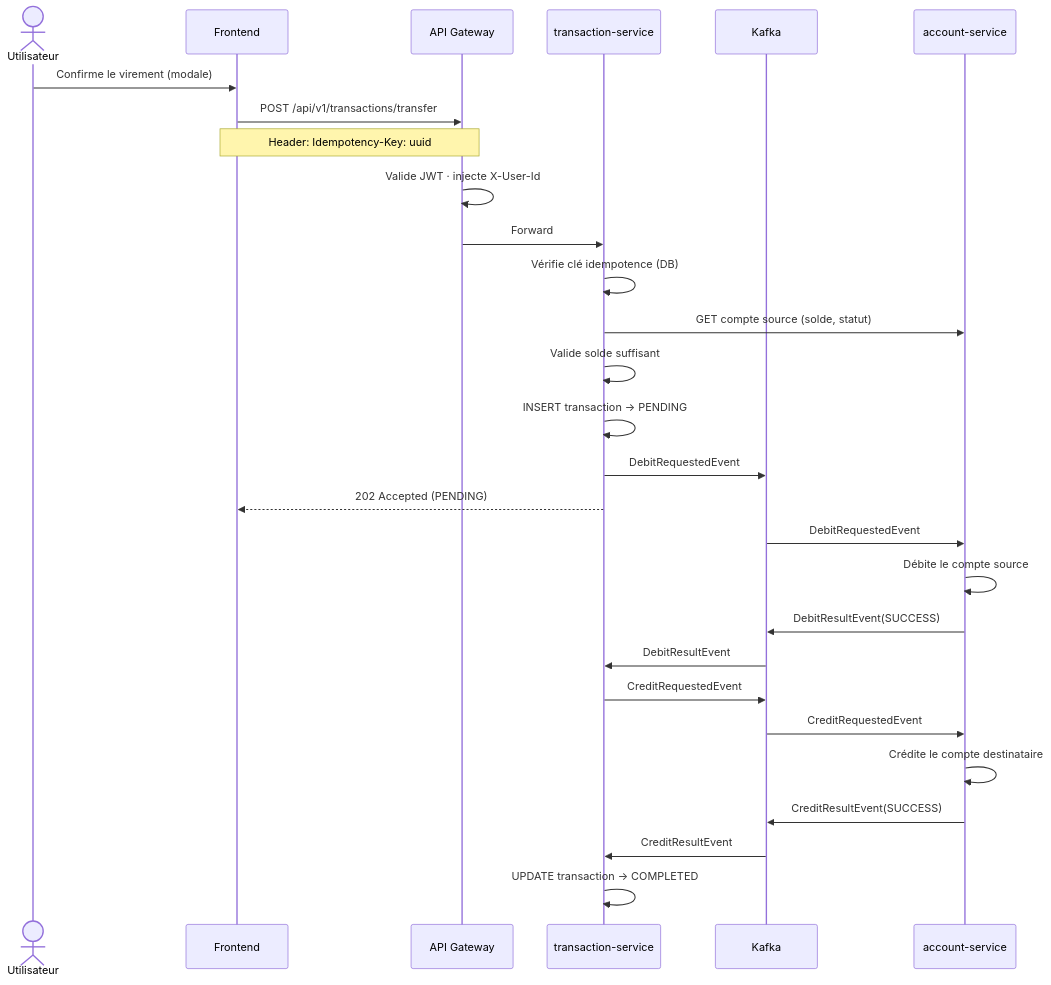
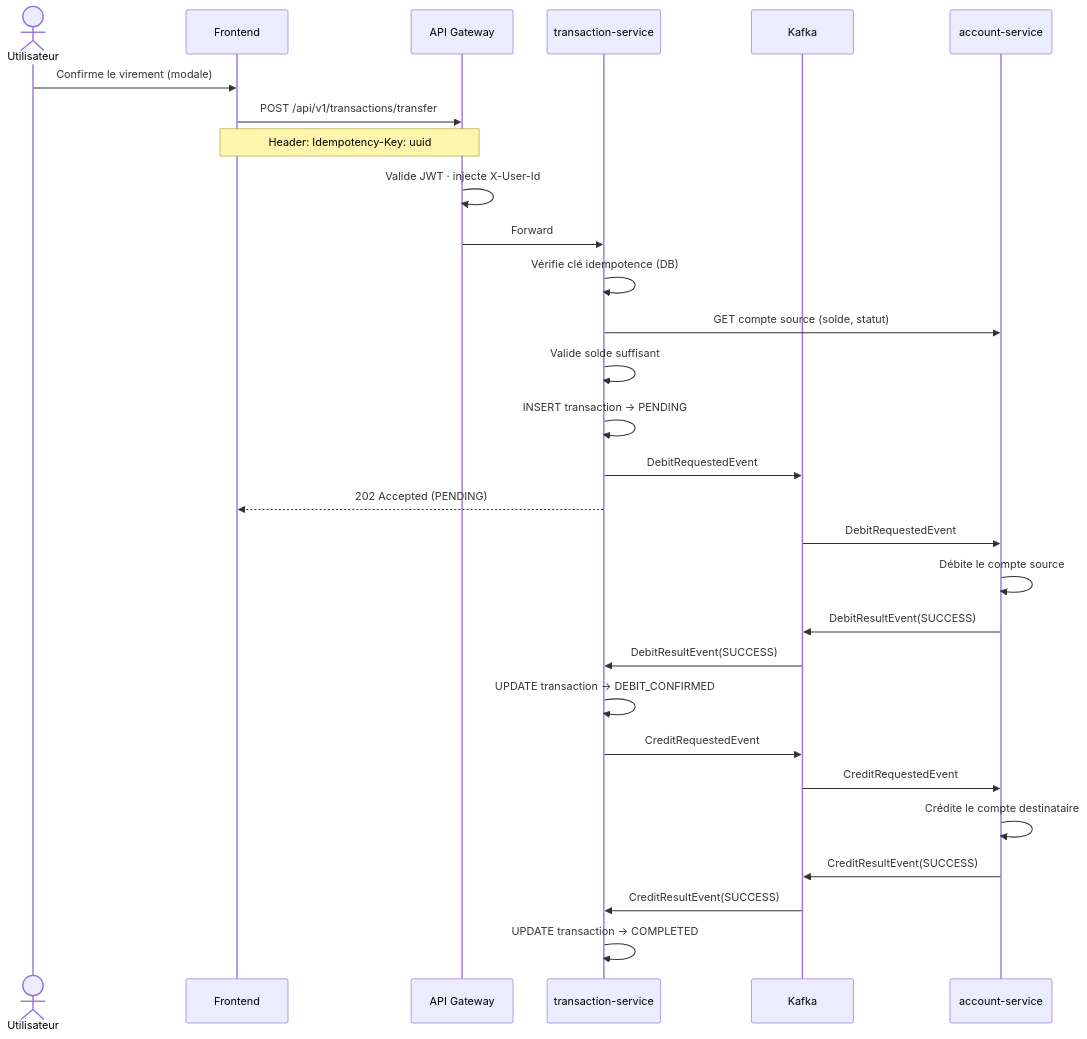
One commit to theoduluard/banking-platform changed the second of 2 diagrams in README.md. Above: the diagram before and after it, drawn with Mermaid. The commit also changed other lines of this file and 14 other files, not shown here.

````diff
--- a/README.md
+++ b/README.md
@@ -98,36 +109,37 @@
 ```mermaid
 sequenceDiagram
     actor U as Utilisateur
     participant FE as Frontend
     participant GW as API Gateway
     participant TX as transaction-service
     participant K as Kafka
     participant ACC as account-service
 
     U->>FE: Confirme le virement (modale)
     FE->>GW: POST /api/v1/transactions/transfer
     Note over FE,GW: Header: Idempotency-Key: uuid
     GW->>GW: Valide JWT · injecte X-User-Id
     GW->>TX: Forward
 
     TX->>TX: Vérifie clé idempotence (DB)
     TX->>ACC: GET compte source (solde, statut)
     TX->>TX: Valide solde suffisant
     TX->>TX: INSERT transaction → PENDING
     TX->>K: DebitRequestedEvent
     TX-->>FE: 202 Accepted (PENDING)
 
     K->>ACC: DebitRequestedEvent
     ACC->>ACC: Débite le compte source
     ACC->>K: DebitResultEvent(SUCCESS)
 
-    K->>TX: DebitResultEvent
+    K->>TX: DebitResultEvent(SUCCESS)
+    TX->>TX: UPDATE transaction → DEBIT_CONFIRMED
     TX->>K: CreditRequestedEvent
 
     K->>ACC: CreditRequestedEvent
     ACC->>ACC: Crédite le compte destinataire
     ACC->>K: CreditResultEvent(SUCCESS)
 
-    K->>TX: CreditResultEvent
+    K->>TX: CreditResultEvent(SUCCESS)
     TX->>TX: UPDATE transaction → COMPLETED
 ```
````
